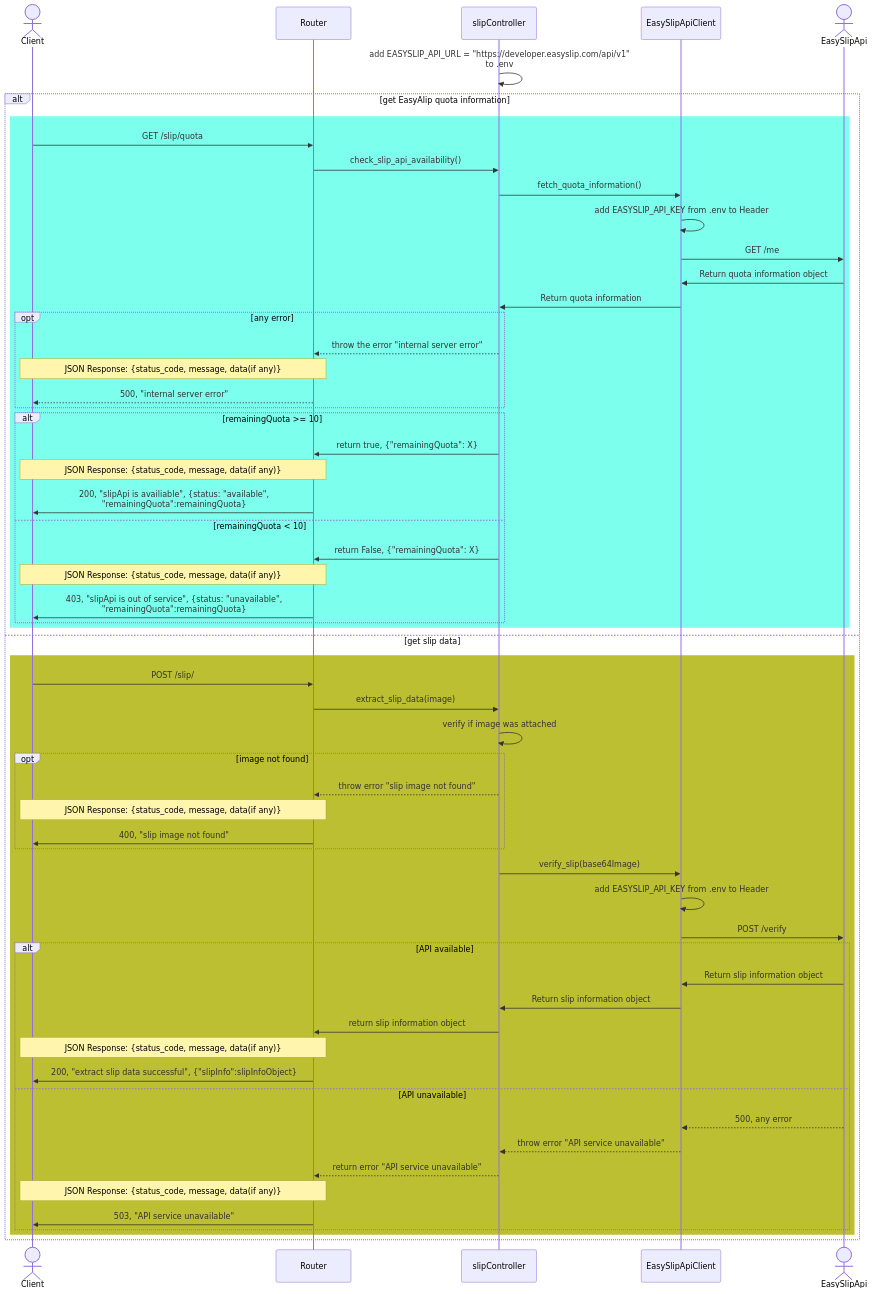
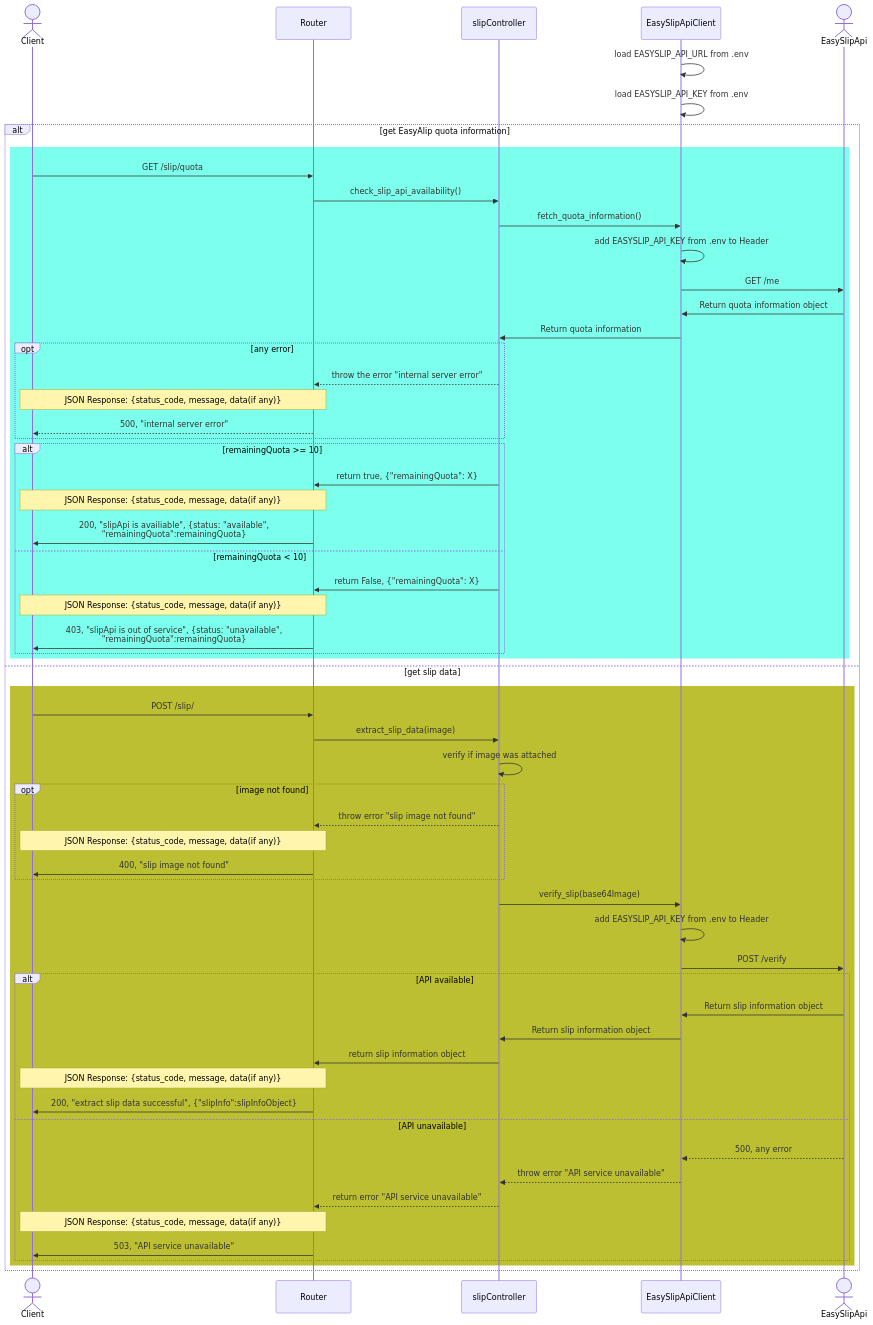
One commit to SawatKia/WealthTracking changed the diagram in design/api/EasySlip.mmd. Above: the diagram before and after it, drawn with Mermaid.

Commit message:
load secret from .env

```diff
--- a/design/api/EasySlip.mmd
+++ b/design/api/EasySlip.mmd
@@ -1,61 +1,66 @@
 sequenceDiagram
     Actor Client
     participant Router
     participant Cont as slipController
     participant ApiClient as EasySlipApiClient
     Actor Api as EasySlipApi
+    %% EASYSLIP_API document = "https://developer.easyslip.com/document"
 
-    Cont->>Cont: add EASYSLIP_API_URL = "https://developer.easyslip.com/api/v1"<br>to .env
+    %% add EASYSLIP_API_URL = "https://developer.easyslip.com/api/v1"<br>to .env
+    %% add EASYSLIP_API_KEY from Easy api to .env
+    
+    ApiClient->>ApiClient: load EASYSLIP_API_URL from .env
+    ApiClient->>ApiClient: load EASYSLIP_API_KEY from .env
     alt get EasyAlip quota information
         rect rgb(124,255,236)
         Client->>Router: GET /slip/quota
         Router->>Cont: check_slip_api_availability()
         Cont->>ApiClient: fetch_quota_information()
         ApiClient->>ApiClient: add EASYSLIP_API_KEY from .env to Header
         ApiClient->>Api: GET /me
         Api->>ApiClient: Return quota information object
         ApiClient->>Cont: Return quota information
             opt any error
                 Cont-->>Router: throw the error "internal server error"
                 Note over Router,Client: JSON Response: {status_code, message, data(if any)}
                 Router-->>Client: 500, "internal server error"
             end
             alt remainingQuota >= 10
                 Cont->>Router: return true, {"remainingQuota": X}
                 Note over Router,Client: JSON Response: {status_code, message, data(if any)}
                 Router->>Client: 200, "slipApi is availiable", {status: "available",<br>"remainingQuota":remainingQuota} 
             else remainingQuota < 10
                 Cont->>Router: return False, {"remainingQuota": X}
                 Note over Router,Client: JSON Response: {status_code, message, data(if any)}
                 Router->>Client: 403, "slipApi is out of service", {status: "unavailable",<br>"remainingQuota":remainingQuota}
             end
 
         end
     else get slip data
         rect rgb(188,191,50)
             Client->>Router: POST /slip/
             Router->>Cont: extract_slip_data(image)
             Cont->>Cont: verify if image was attached
             opt image not found
                 Cont-->>Router: throw error "slip image not found"
                 Note over Router,Client: JSON Response: {status_code, message, data(if any)}
                 Router->>Client: 400, "slip image not found"
             end
             Cont->>ApiClient: verify_slip(base64Image)
             ApiClient->>ApiClient: add EASYSLIP_API_KEY from .env to Header
             ApiClient->>Api: POST /verify
             alt API available
                 Api->>ApiClient: Return slip information object
                 ApiClient->>Cont: Return slip information object
                 Cont->>Router: return slip information object
                 Note over Router,Client: JSON Response: {status_code, message, data(if any)}
                 Router->>Client: 200, "extract slip data successful", {"slipInfo":slipInfoObject}
             else API unavailable
                 Api-->>ApiClient: 500, any error
                 ApiClient-->>Cont: throw error "API service unavailable"
                 Cont-->>Router: return error "API service unavailable"
                 Note over Router,Client: JSON Response: {status_code, message, data(if any)}
                 Router->>Client: 503, "API service unavailable"
             end
         end
     end
```
